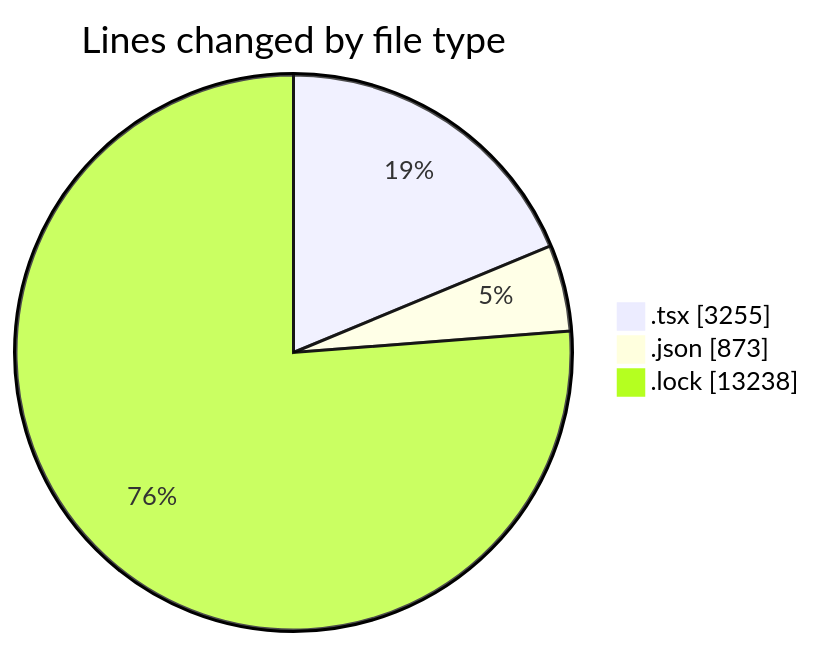
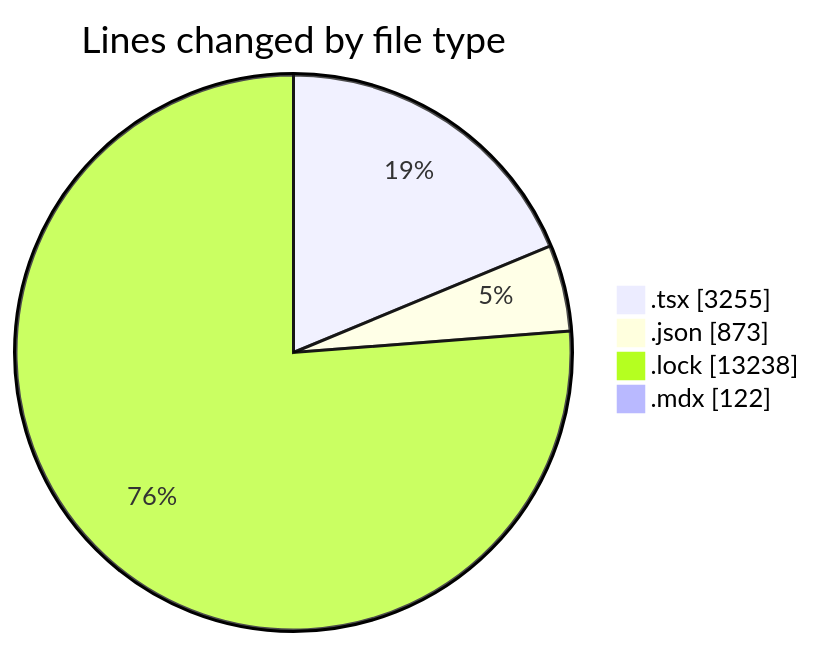
One commit to momahboobian/code-tracking changed the first of 2 diagrams in 2026-01-09/cda/README.md. Above: the diagram before and after it, drawn with Mermaid. The commit also changed other lines of this file and 1 other file, not shown here.

````diff
--- a/2026-01-09/cda/README.md
+++ b/2026-01-09/cda/README.md
@@ -26,7 +27,8 @@
 ```mermaid
 pie showData
 title Lines changed by file type
 ".tsx" : 3255
 ".json" : 873
 ".lock" : 13238
+".mdx" : 122
 ```
````
